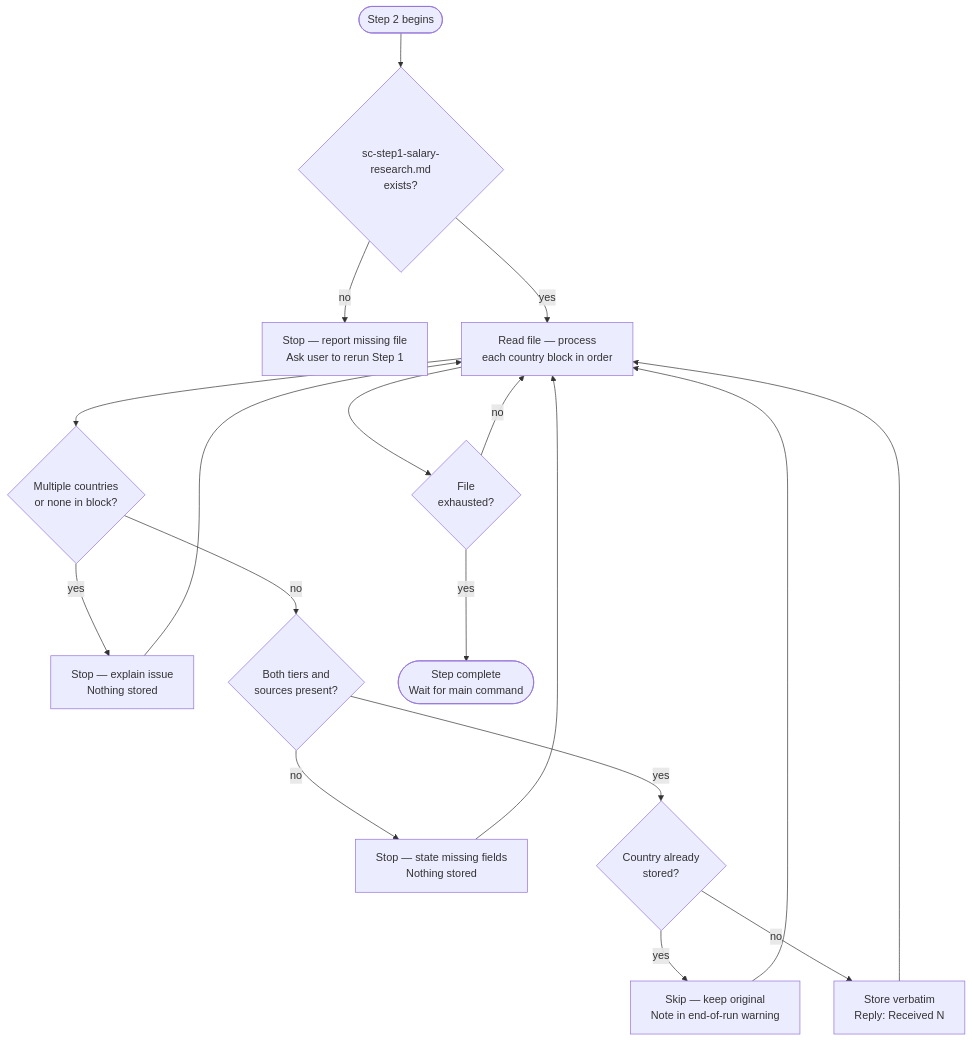
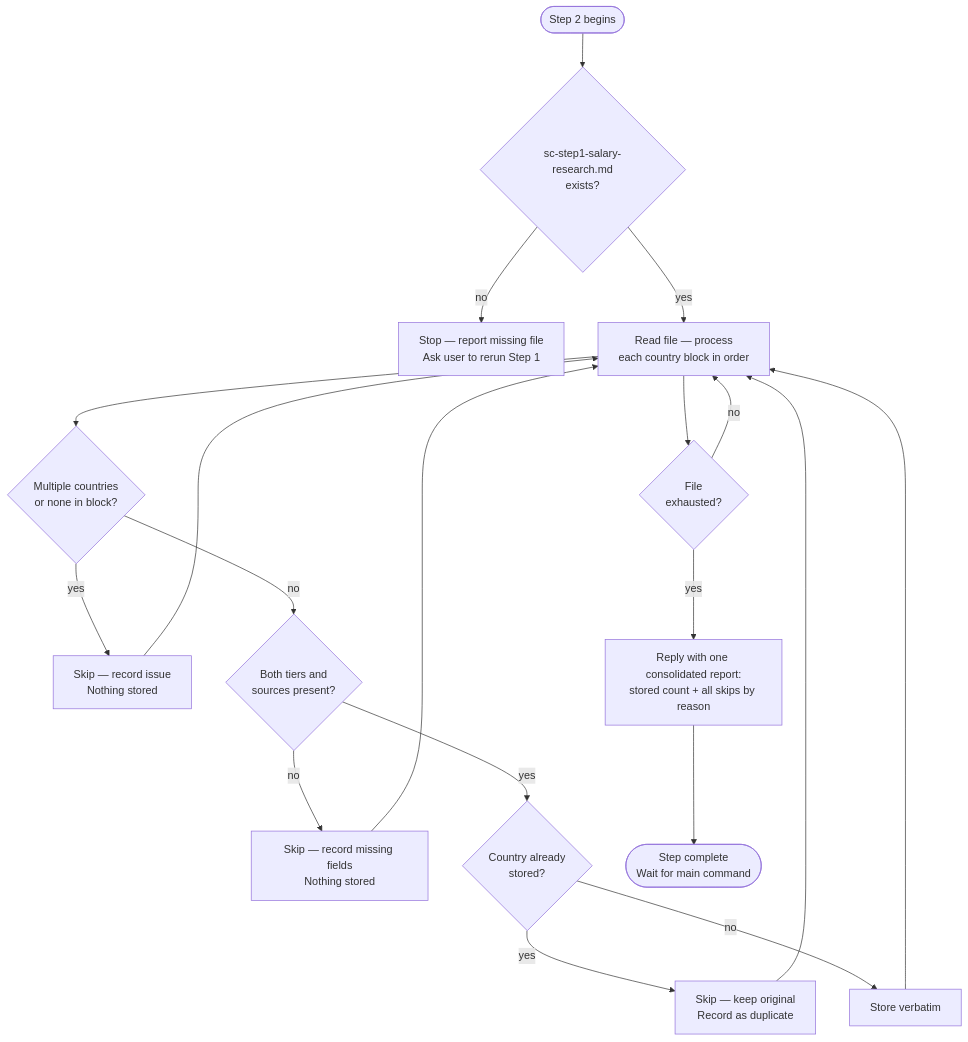
One commit to myowinthein/agent-compass changed the diagram in docs/commands/salary-calculator/step2-data-ingestion.md. Above: the diagram before and after it, drawn with Mermaid. The commit also changed other lines of this file and 1 other file, not shown here.

First line of the commit message:
docs(commands): sync step4/step2 ingestion docs with skip-and-report behavior

````diff
--- a/docs/commands/salary-calculator/step2-data-ingestion.md
+++ b/docs/commands/salary-calculator/step2-data-ingestion.md
@@ -14,20 +14,21 @@
 ```mermaid
 flowchart TD
   Start([Step 2 begins]) --> FileCheck{sc-step1-salary-research.md\nexists?}
   FileCheck -->|no| Error[Stop — report missing file\nAsk user to rerun Step 1]
   FileCheck -->|yes| ReadFile[Read file — process\neach country block in order]
   ReadFile --> MultiCheck{Multiple countries\nor none in block?}
-  MultiCheck -->|yes| Err1[Stop — explain issue\nNothing stored]
+  MultiCheck -->|yes| Err1[Skip — record issue\nNothing stored]
   Err1 --> ReadFile
   MultiCheck -->|no| FieldCheck{Both tiers and\nsources present?}
-  FieldCheck -->|no| Err2[Stop — state missing fields\nNothing stored]
+  FieldCheck -->|no| Err2[Skip — record missing fields\nNothing stored]
   Err2 --> ReadFile
   FieldCheck -->|yes| DupCheck{Country already\nstored?}
-  DupCheck -->|yes| Skip[Skip — keep original\nNote in end-of-run warning]
-  DupCheck -->|no| Store[Store verbatim\nReply: Received N]
+  DupCheck -->|yes| Skip[Skip — keep original\nRecord as duplicate]
+  DupCheck -->|no| Store[Store verbatim]
   Skip --> ReadFile
   Store --> ReadFile
   ReadFile --> Done{File\nexhausted?}
   Done -->|no| ReadFile
-  Done -->|yes| End([Step complete\nWait for main command])
+  Done -->|yes| Report[Reply with one consolidated report:\nstored count + all skips by reason]
+  Report --> End([Step complete\nWait for main command])
 ```
````
